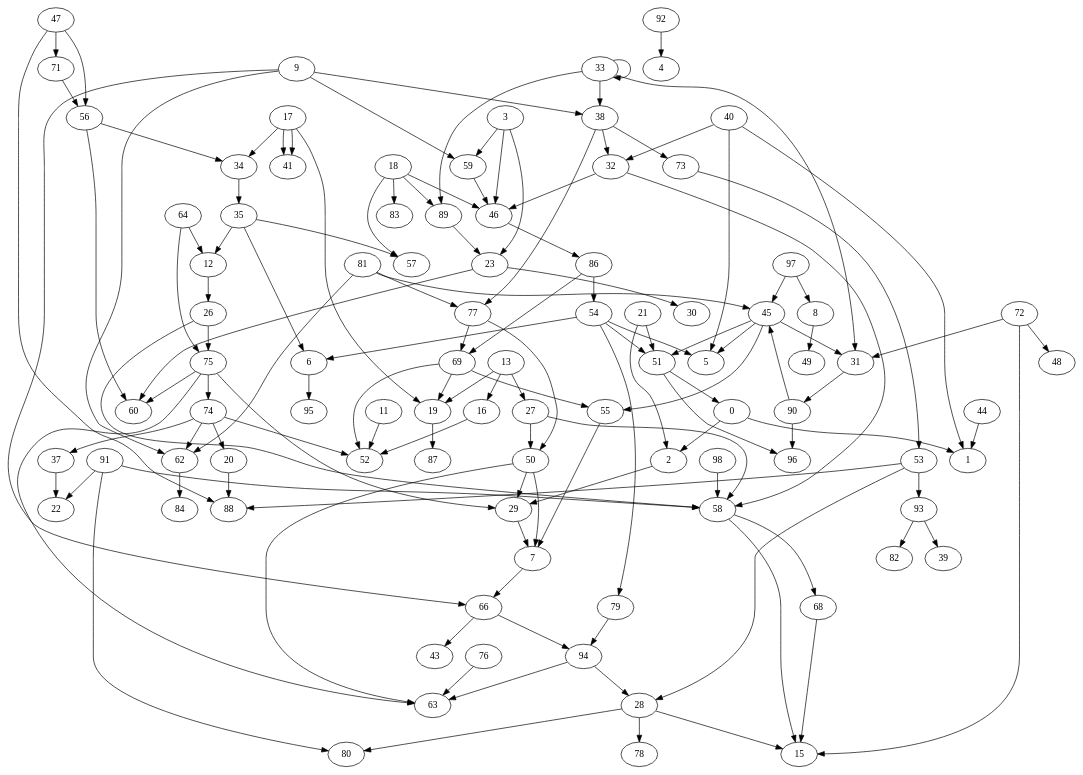
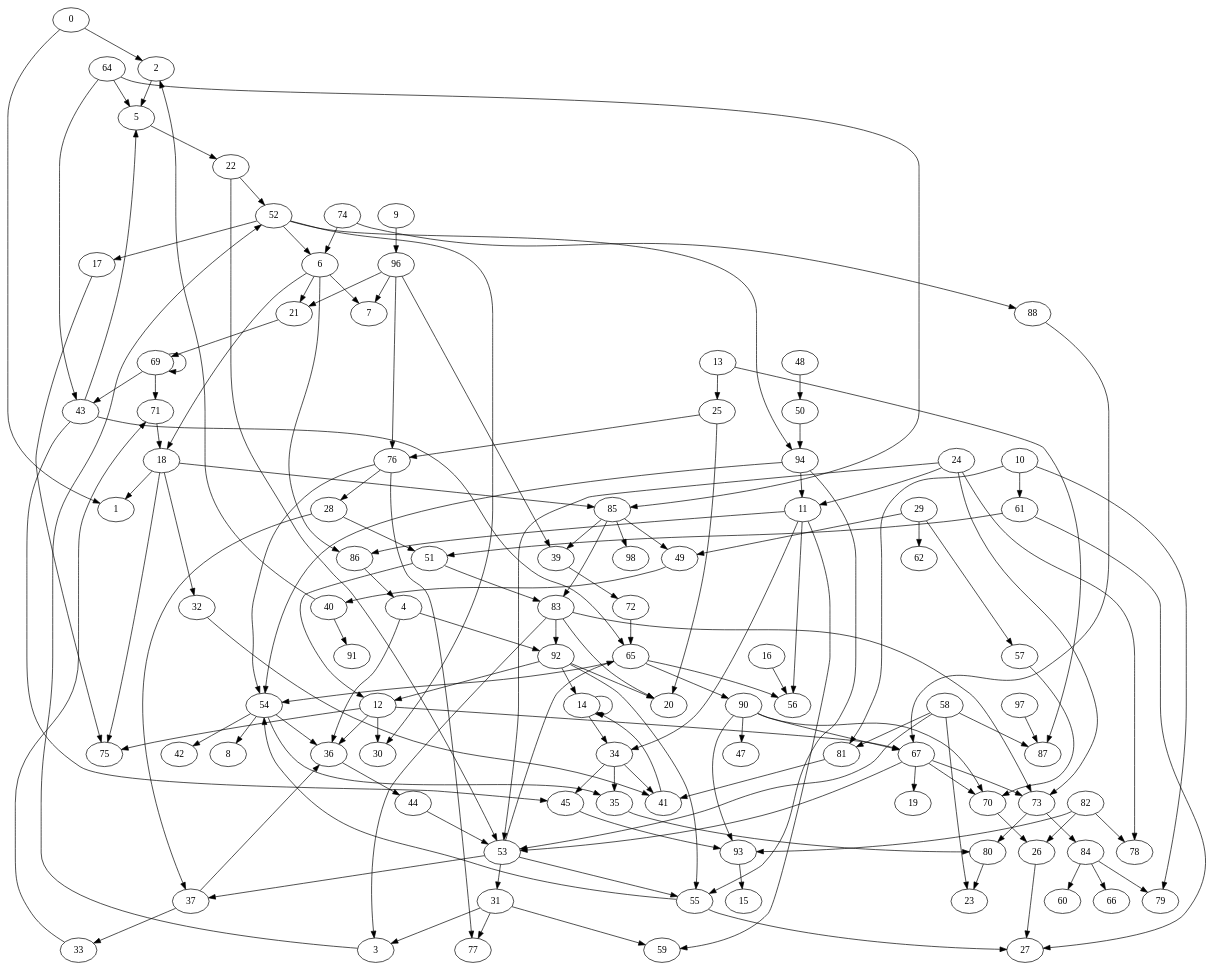
Before and after one commit to seb-nyberg/liveness_par: the diagram in cfg.dot, drawn with Graphviz. The commit also changed 3 other files, not shown here.

```diff
--- a/cfg.dot
+++ b/cfg.dot
@@ -1,132 +1,154 @@
 digraph cfg {
 0 -> { 1 2 }
-2 -> { 29 }
-3 -> { 46 }
-3 -> { 23 }
-3 -> { 59 }
-6 -> { 95 }
-7 -> { 66 }
-8 -> { 49 }
-9 -> { 66 }
-9 -> { 59 }
-9 -> { 62 }
-9 -> { 38 }
-11 -> { 52 }
-12 -> { 26 }
-13 -> { 19 }
-13 -> { 16 }
-13 -> { 27 }
-16 -> { 52 }
-17 -> { 41 }
-17 -> { 34 }
-17 -> { 19 }
-17 -> { 41 }
-18 -> { 89 }
-18 -> { 83 }
-18 -> { 57 }
-18 -> { 46 }
-19 -> { 87 }
-20 -> { 88 }
-21 -> { 51 }
-21 -> { 2 }
-23 -> { 60 }
-23 -> { 30 }
-26 -> { 58 }
-26 -> { 75 }
-27 -> { 58 }
-27 -> { 50 }
-28 -> { 15 }
-28 -> { 78 }
-28 -> { 80 }
-29 -> { 7 }
-31 -> { 90 }
-32 -> { 58 }
-32 -> { 46 }
-33 -> { 38 }
-33 -> { 89 }
-33 -> { 33 }
-33 -> { 31 }
+2 -> { 5 }
+3 -> { 52 }
+4 -> { 92 }
+4 -> { 36 }
+5 -> { 22 }
+6 -> { 21 }
+6 -> { 7 }
+6 -> { 18 }
+6 -> { 86 }
+9 -> { 96 }
+10 -> { 61 }
+10 -> { 81 }
+10 -> { 79 }
+11 -> { 59 }
+11 -> { 86 }
+11 -> { 34 }
+11 -> { 56 }
+12 -> { 36 }
+12 -> { 67 }
+12 -> { 75 }
+12 -> { 30 }
+13 -> { 87 }
+13 -> { 25 }
+14 -> { 34 }
+14 -> { 14 }
+16 -> { 56 }
+17 -> { 75 }
+18 -> { 85 }
+18 -> { 32 }
+18 -> { 75 }
+18 -> { 1 }
+21 -> { 69 }
+22 -> { 52 }
+22 -> { 53 }
+24 -> { 53 }
+24 -> { 78 }
+24 -> { 73 }
+24 -> { 11 }
+25 -> { 20 }
+25 -> { 76 }
+26 -> { 27 }
+28 -> { 37 }
+28 -> { 51 }
+29 -> { 62 }
+29 -> { 49 }
+29 -> { 57 }
+31 -> { 3 }
+31 -> { 77 }
+31 -> { 59 }
+32 -> { 41 }
+33 -> { 71 }
+34 -> { 41 }
 34 -> { 35 }
-35 -> { 57 }
-35 -> { 12 }
-35 -> { 6 }
-37 -> { 22 }
-38 -> { 73 }
-38 -> { 32 }
-38 -> { 77 }
-40 -> { 1 }
-40 -> { 5 }
-40 -> { 32 }
-44 -> { 1 }
-45 -> { 5 }
-45 -> { 55 }
-45 -> { 51 }
-45 -> { 31 }
-46 -> { 86 }
-47 -> { 56 }
-47 -> { 71 }
-47 -> { 88 }
-50 -> { 7 }
-50 -> { 63 }
-50 -> { 29 }
-51 -> { 0 }
-51 -> { 96 }
-53 -> { 88 }
-53 -> { 28 }
-53 -> { 93 }
-54 -> { 5 }
-54 -> { 6 }
-54 -> { 51 }
-54 -> { 79 }
-55 -> { 7 }
-56 -> { 34 }
-56 -> { 60 }
-58 -> { 68 }
-58 -> { 15 }
-59 -> { 46 }
-62 -> { 84 }
-64 -> { 75 }
-64 -> { 12 }
-66 -> { 94 }
-66 -> { 43 }
-68 -> { 15 }
-69 -> { 55 }
-69 -> { 52 }
-69 -> { 19 }
-71 -> { 56 }
-72 -> { 31 }
-72 -> { 48 }
-72 -> { 15 }
-73 -> { 53 }
-74 -> { 20 }
-74 -> { 52 }
-74 -> { 62 }
-74 -> { 37 }
-75 -> { 60 }
-75 -> { 29 }
-75 -> { 74 }
-75 -> { 63 }
-76 -> { 63 }
-77 -> { 69 }
-77 -> { 50 }
-79 -> { 94 }
-81 -> { 62 }
-81 -> { 45 }
-81 -> { 77 }
-86 -> { 69 }
-86 -> { 54 }
-89 -> { 23 }
-90 -> { 96 }
-90 -> { 45 }
-91 -> { 58 }
-91 -> { 80 }
-91 -> { 22 }
-92 -> { 4 }
-93 -> { 82 }
-93 -> { 39 }
-94 -> { 63 }
-94 -> { 28 }
-97 -> { 8 }
-97 -> { 45 }
-98 -> { 58 }
+34 -> { 45 }
+35 -> { 80 }
+36 -> { 44 }
+37 -> { 36 }
+37 -> { 33 }
+39 -> { 72 }
+40 -> { 91 }
+40 -> { 2 }
+41 -> { 14 }
+43 -> { 65 }
+43 -> { 45 }
+43 -> { 5 }
+44 -> { 53 }
+45 -> { 93 }
+48 -> { 50 }
+49 -> { 40 }
+50 -> { 94 }
+51 -> { 12 }
+51 -> { 83 }
+52 -> { 94 }
+52 -> { 6 }
+52 -> { 17 }
+52 -> { 30 }
+53 -> { 55 }
+53 -> { 31 }
+53 -> { 37 }
+53 -> { 65 }
+54 -> { 42 }
+54 -> { 36 }
+54 -> { 35 }
+54 -> { 8 }
+55 -> { 27 }
+55 -> { 54 }
+57 -> { 70 }
+58 -> { 87 }
+58 -> { 23 }
+58 -> { 81 }
+58 -> { 53 }
+61 -> { 27 }
+61 -> { 51 }
+64 -> { 85 }
+64 -> { 43 }
+64 -> { 5 }
+65 -> { 56 }
+65 -> { 54 }
+65 -> { 90 }
+67 -> { 73 }
+67 -> { 53 }
+67 -> { 70 }
+67 -> { 19 }
+69 -> { 43 }
+69 -> { 71 }
+69 -> { 69 }
+70 -> { 26 }
+71 -> { 18 }
+72 -> { 65 }
+73 -> { 80 }
+73 -> { 84 }
+74 -> { 6 }
+74 -> { 88 }
+76 -> { 54 }
+76 -> { 28 }
+76 -> { 77 }
+80 -> { 23 }
+81 -> { 41 }
+82 -> { 26 }
+82 -> { 93 }
+82 -> { 78 }
+83 -> { 20 }
+83 -> { 3 }
+83 -> { 92 }
+83 -> { 73 }
+84 -> { 66 }
+84 -> { 79 }
+84 -> { 60 }
+85 -> { 49 }
+85 -> { 83 }
+85 -> { 98 }
+85 -> { 39 }
+86 -> { 4 }
+88 -> { 67 }
+90 -> { 67 }
+90 -> { 47 }
+90 -> { 93 }
+90 -> { 70 }
+92 -> { 12 }
+92 -> { 20 }
+92 -> { 55 }
+92 -> { 14 }
+93 -> { 15 }
+94 -> { 55 }
+94 -> { 54 }
+94 -> { 11 }
+96 -> { 76 }
+96 -> { 21 }
+96 -> { 39 }
+96 -> { 7 }
+97 -> { 87 }
 }
```
